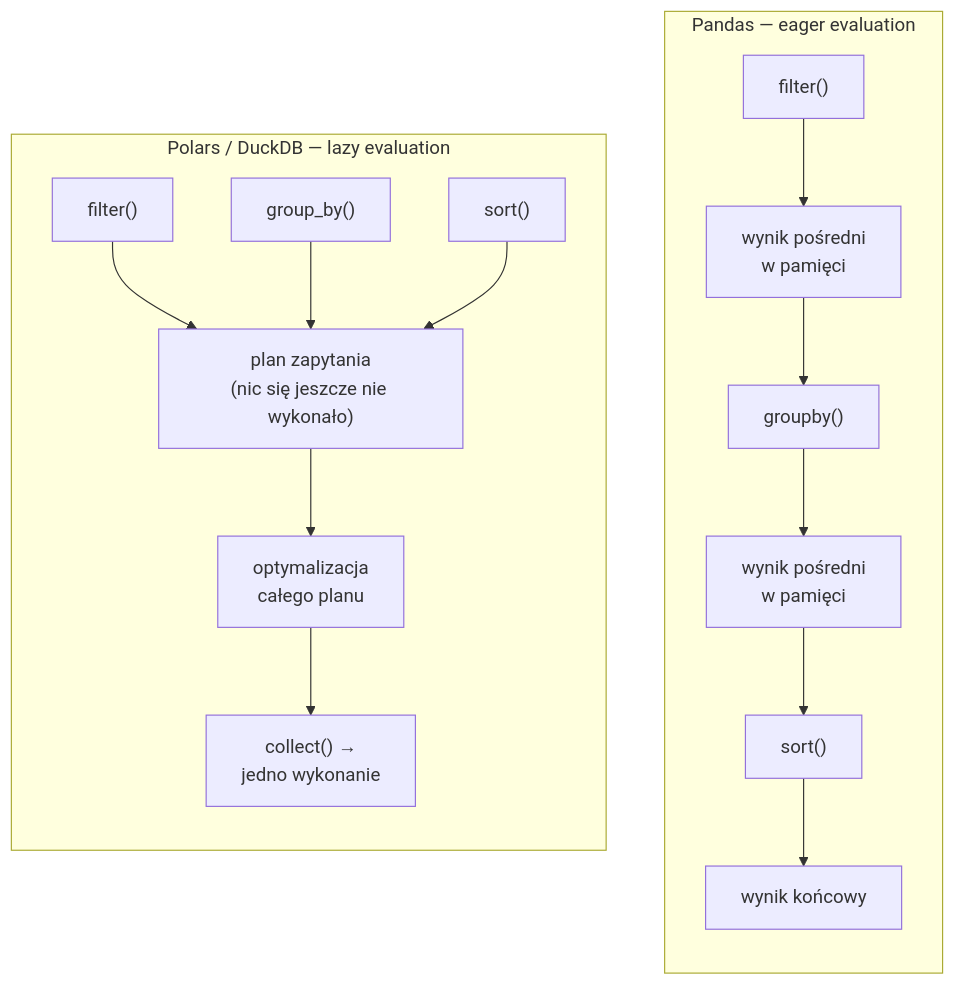
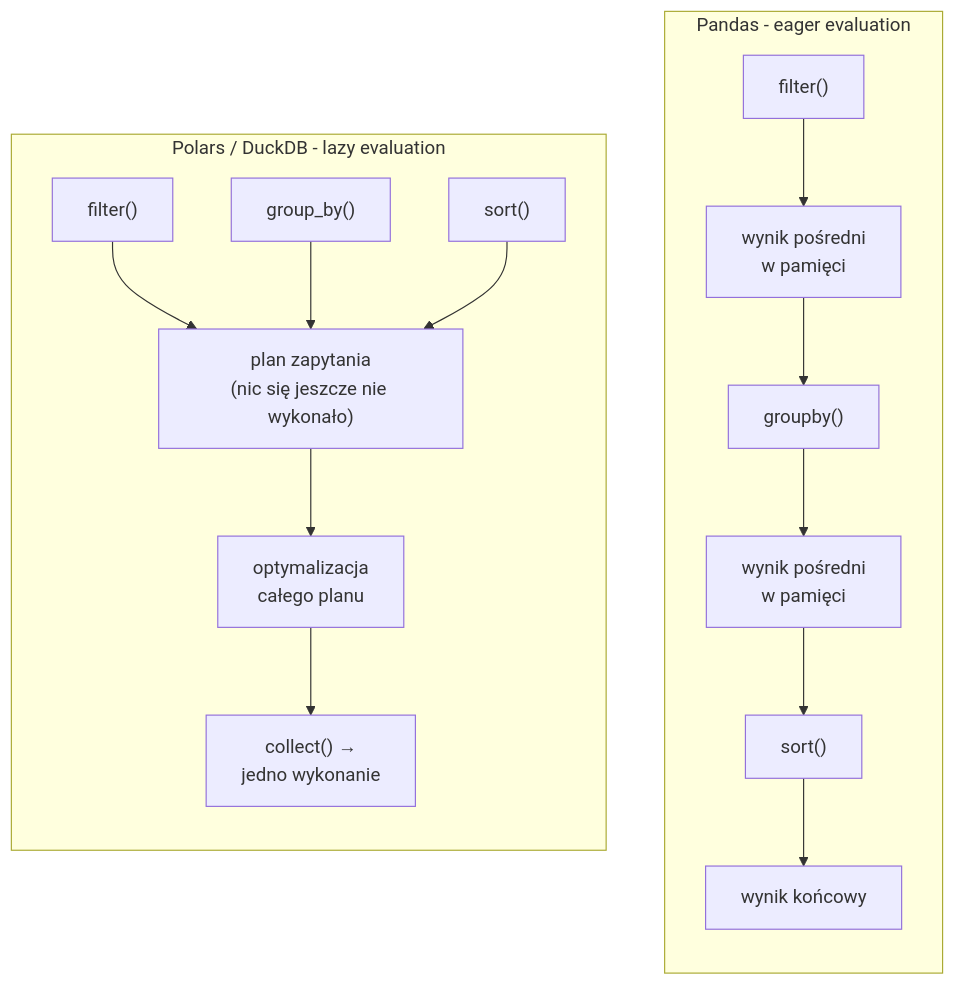
Before and after one commit to SirCypkowskyy/python-for-genai-guide: the second of 2 diagrams in docs/03-data-science-stack.md, drawn with Mermaid. The commit also changed other lines of this file and 9 other files, not shown here.

First line of the commit message:
Zamiana em-dashy na zwykły myślnik + nowe diagramy Mermaid

````diff
--- a/docs/03-data-science-stack.md
+++ b/docs/03-data-science-stack.md
@@ -251,18 +251,18 @@
 ```mermaid
 flowchart TB
-    subgraph EAGER["Pandas — eager evaluation"]
+    subgraph EAGER["Pandas - eager evaluation"]
         direction TB
         E1["filter()"] --> E1R["wynik pośredni<br/>w pamięci"]
         E1R --> E2["groupby()"] --> E2R["wynik pośredni<br/>w pamięci"]
         E2R --> E3["sort()"] --> E3R["wynik końcowy"]
     end
 
-    subgraph LAZY["Polars / DuckDB — lazy evaluation"]
+    subgraph LAZY["Polars / DuckDB - lazy evaluation"]
         direction TB
         L1["filter()"] --> LP["plan zapytania<br/>(nic się jeszcze nie wykonało)"]
         L2["group_by()"] --> LP
         L3["sort()"] --> LP
         LP --> LOPT["optymalizacja<br/>całego planu"]
         LOPT --> LEX["collect() →<br/>jedno wykonanie"]
     end
 ```
````
